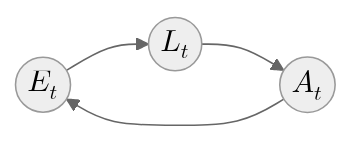
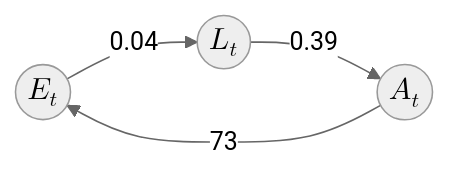
One commit to aparajita848/math172-book changed the diagram in Discrete_Models/Structured_Populations.md. Above: the diagram before and after it, drawn with Mermaid (neutral theme).

Commit message:
add rates to diagram

````diff
--- a/Discrete_Models/Structured_Populations.md
+++ b/Discrete_Models/Structured_Populations.md
@@ -28,8 +28,8 @@
 ```{mermaid}
 :align: center
 
 flowchart LR
-  A(($$E_t$$)) --> B
-  B(($$L_t$$)) --> C
-  C(($$A_t$$)) --> A
+  A(($$E_t$$)) -->|0.04| B
+  B(($$L_t$$)) -->|0.39| C
+  C(($$A_t$$)) -->|73| A
 ```
````
